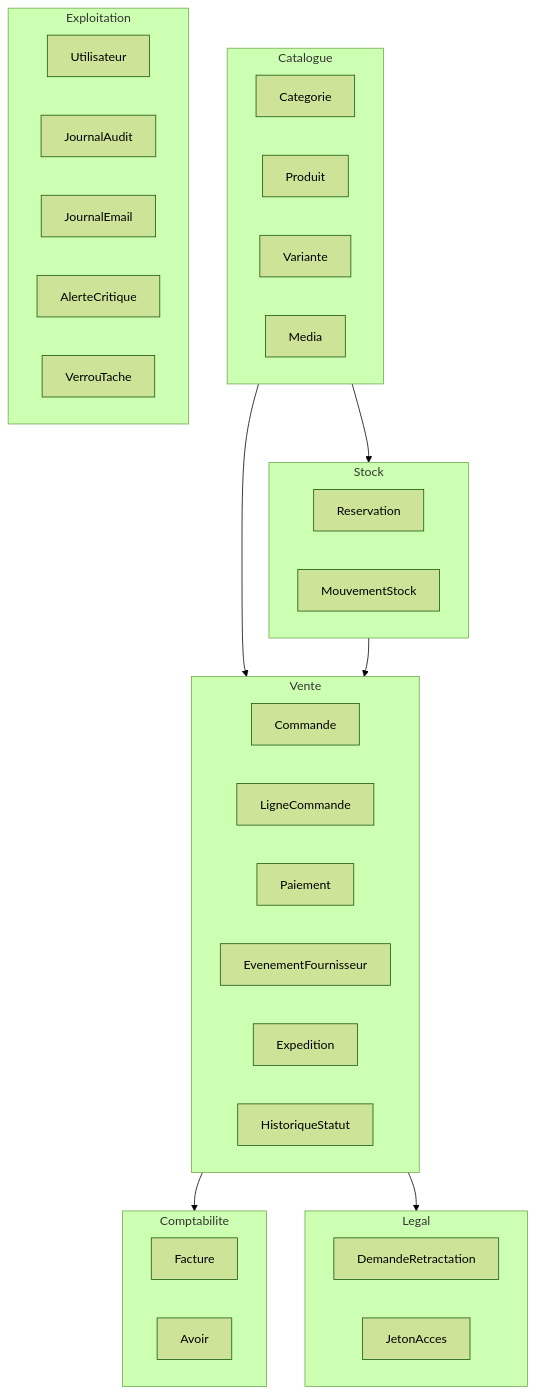
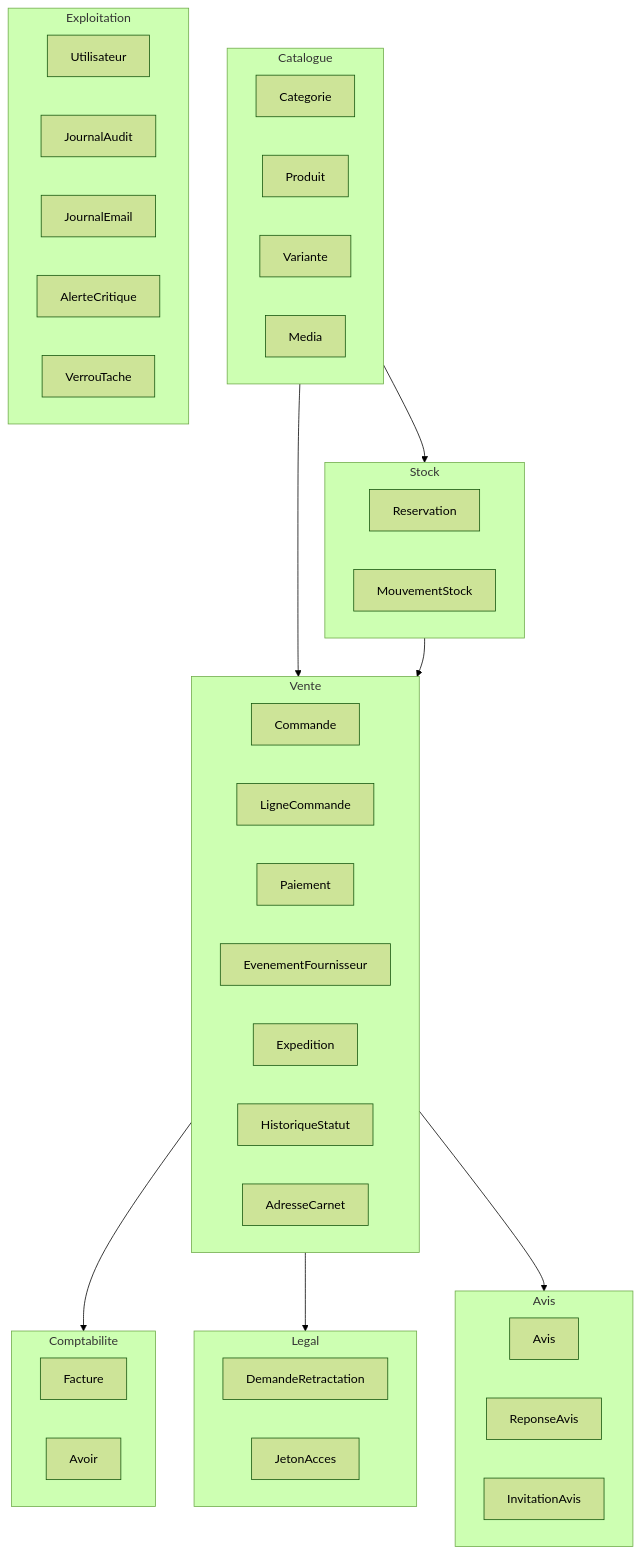
Before and after one commit to krismos64/lune-soleil: the first of 9 diagrams in docs/architecture/MODELE-CONCEPTUEL.md, drawn with Mermaid (forest theme). The commit also changed other lines of this file and 2 other files, not shown here.

First line of the commit message:
docs: LS-37, avis et carnet d'adresses dans le modele conceptuel

````diff
--- a/docs/architecture/MODELE-CONCEPTUEL.md
+++ b/docs/architecture/MODELE-CONCEPTUEL.md
@@ -50,42 +50,49 @@
 ```mermaid
 flowchart TB
     subgraph CAT["Catalogue"]
         Categorie
         Produit
         Variante
         Media
     end
     subgraph STK["Stock"]
         Reservation
         MouvementStock
     end
     subgraph VTE["Vente"]
         Commande
         LigneCommande
         Paiement
         EvenementFournisseur
         Expedition
         HistoriqueStatut
+        AdresseCarnet
     end
     subgraph CPT["Comptabilite"]
         Facture
         Avoir
     end
     subgraph LEG["Legal"]
         DemandeRetractation
         JetonAcces
+    end
+    subgraph AVI["Avis"]
+        Avis
+        ReponseAvis
+        InvitationAvis
     end
     subgraph EXP["Exploitation"]
         Utilisateur
         JournalAudit
         JournalEmail
         AlerteCritique
         VerrouTache
     end
 
     CAT --> STK
     CAT --> VTE
     VTE --> CPT
     VTE --> LEG
+    VTE --> AVI
     STK --> VTE
 ```
````
